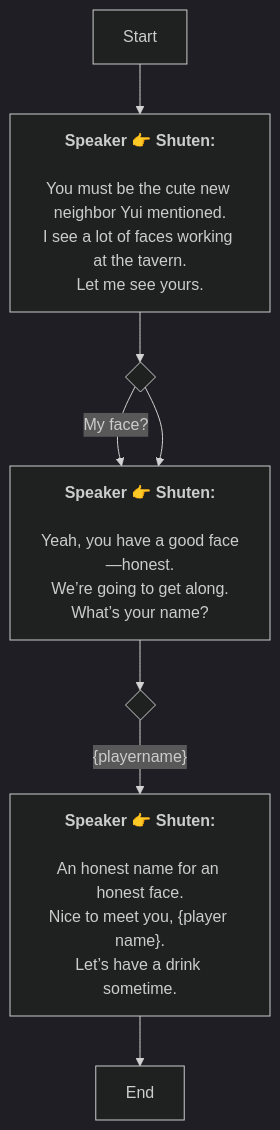
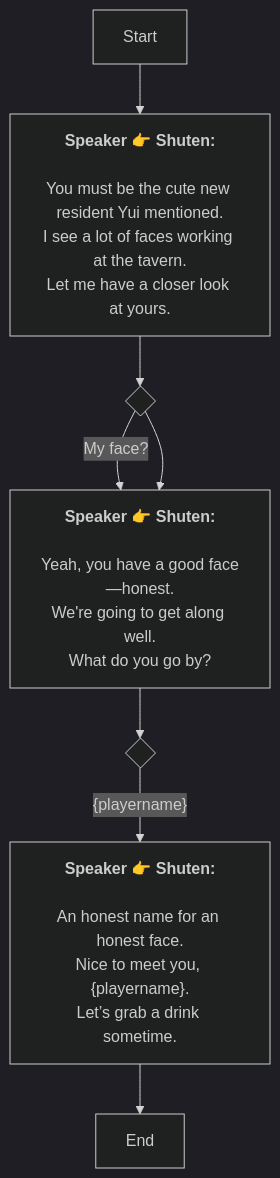
One commit to SoftHu/tos_avg changed the diagram in En/AddDialogNode_1741889867296003.md. Above: the diagram before and after it, drawn with Mermaid (dark theme). The commit also changed 312 other files, not shown here.

````diff
--- a/En/AddDialogNode_1741889867296003.md
+++ b/En/AddDialogNode_1741889867296003.md
@@ -1,27 +1,27 @@
 ```mermaid
 graph
 Start -->1741906499870021[<b>Speaker 👉 Shuten:</b>
 
-You must be the cute new neighbor Yui mentioned.
+You must be the cute new resident Yui mentioned.
 I see a lot of faces working at the tavern.
-Let me see yours. ]
+Let me have a closer look at yours.]
 1741906499870021 -->1769060621691928{ }
 1769060621691928 -->|My face?|1769060640365597[<b>Speaker 👉 Shuten:</b>
 
 Yeah, you have a good face—honest.
-We’re going to get along.
-What’s your name?]
+We're going to get along well.
+What do you go by?]
 1769060621691928 -->1769060640365597[<b>Speaker 👉 Shuten:</b>
 
 Yeah, you have a good face—honest.
-We’re going to get along.
-What’s your name?]
+We're going to get along well.
+What do you go by?]
 1769060640365597 -->1769060656456738{ }
 1769060656456738 -->|&lbrace;playername&rbrace;|1769060667145251[<b>Speaker 👉 Shuten:</b>
 
 An honest name for an honest face.
-Nice to meet you, &lbrace;player name&rbrace;.
-Let’s have a drink sometime.  ]
+Nice to meet you, &lbrace;playername&rbrace;.
+Let’s grab a drink sometime.  ]
 1769060667145251 -->1741908338957638[End]
 
  ```
````
